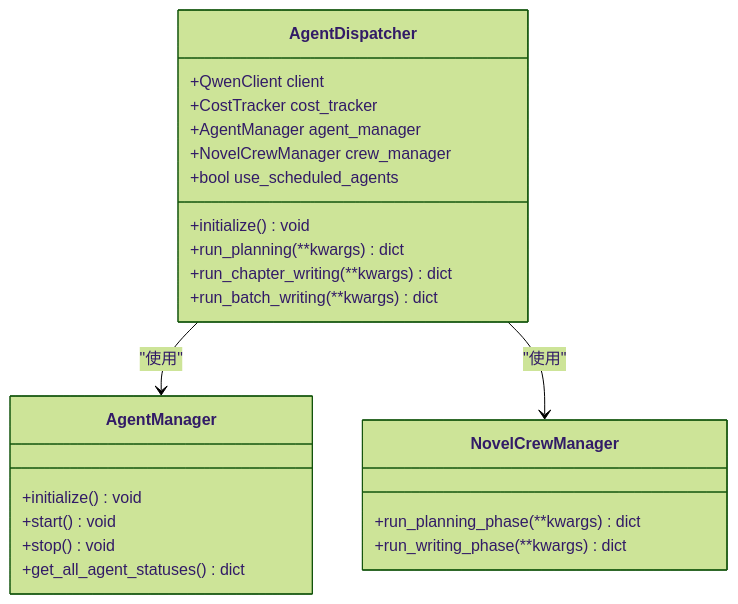
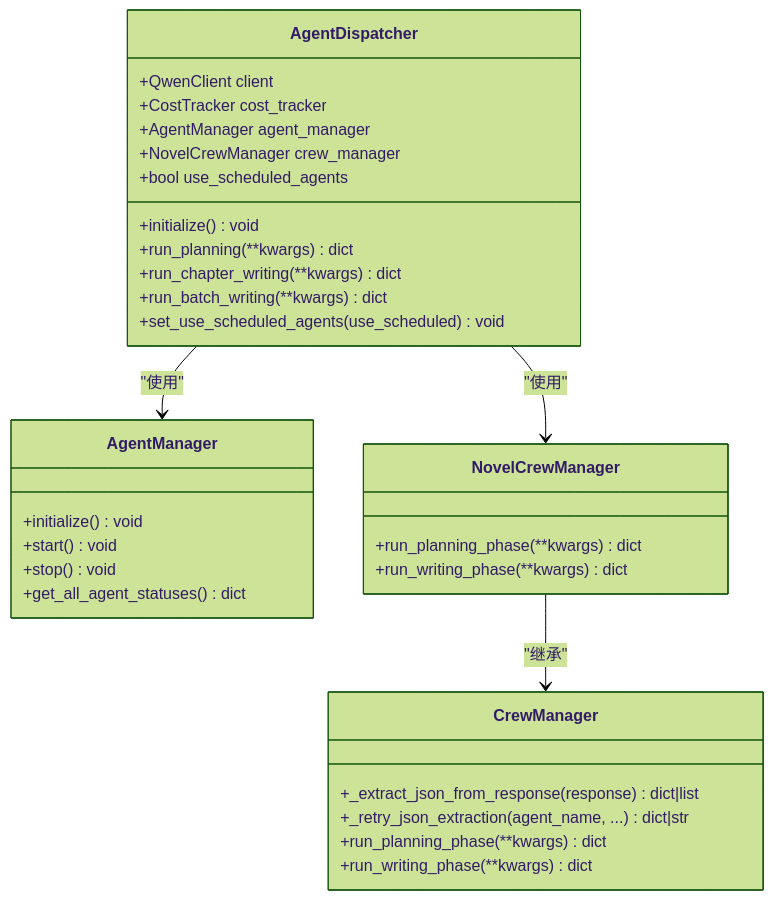
Before and after one commit to xfbyxq/ai-novel-system: the seventh of 10 diagrams in .qoder/repowiki/zh/content/Generation Service.md, drawn with Mermaid (forest theme). The commit also changed other lines of this file and 4 other files, not shown here.

````diff
--- a/.qoder/repowiki/zh/content/Generation Service.md
+++ b/.qoder/repowiki/zh/content/Generation Service.md
@@ -272,26 +316,34 @@
 ```mermaid
 classDiagram
 class AgentDispatcher {
 +QwenClient client
 +CostTracker cost_tracker
 +AgentManager agent_manager
 +NovelCrewManager crew_manager
 +bool use_scheduled_agents
 +initialize() void
 +run_planning(**kwargs) dict
 +run_chapter_writing(**kwargs) dict
 +run_batch_writing(**kwargs) dict
++set_use_scheduled_agents(use_scheduled) void
 }
 class AgentManager {
 +initialize() void
 +start() void
 +stop() void
 +get_all_agent_statuses() dict
 }
 class NovelCrewManager {
 +run_planning_phase(**kwargs) dict
 +run_writing_phase(**kwargs) dict
 }
+class CrewManager {
++_extract_json_from_response(response) dict|list
++_retry_json_extraction(agent_name, ...) dict|str
++run_planning_phase(**kwargs) dict
++run_writing_phase(**kwargs) dict
+}
 AgentDispatcher --> AgentManager : "使用"
 AgentDispatcher --> NovelCrewManager : "使用"
+NovelCrewManager --> CrewManager : "继承"
 ```
````
